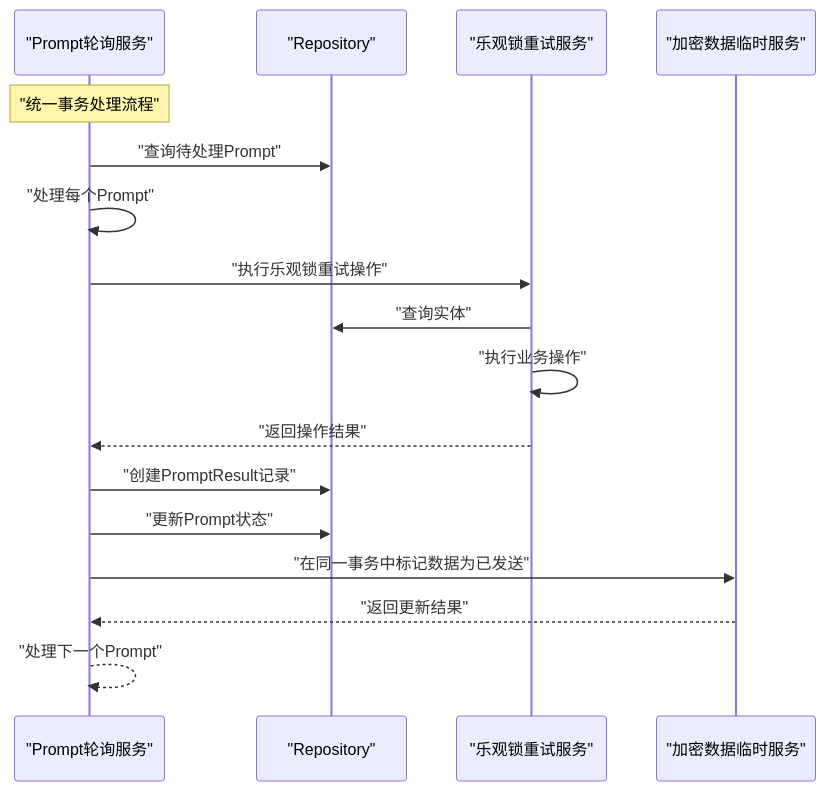
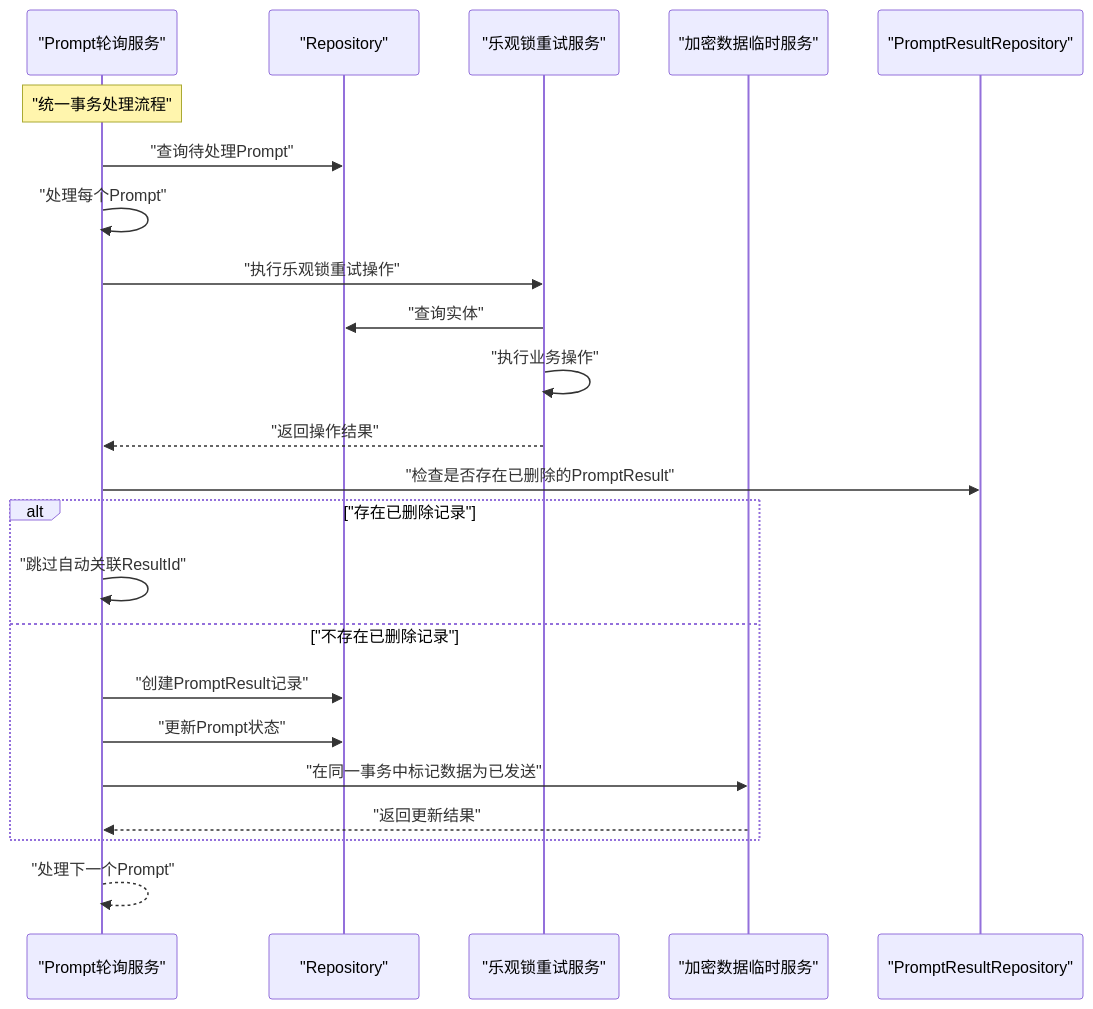
One commit to liuzh2008/med_ai_assistant_workspace changed the fourth of 11 diagrams in .qoder/repowiki/zh/content/核心功能模块/核心功能模块.md. Above: the diagram before and after it, drawn with Mermaid. The commit also changed other lines of this file and 5 other files, not shown here.

````diff
--- a/.qoder/repowiki/zh/content/核心功能模块/核心功能模块.md
+++ b/.qoder/repowiki/zh/content/核心功能模块/核心功能模块.md
@@ -254,19 +264,25 @@
 ```mermaid
 sequenceDiagram
 participant PS as "Prompt轮询服务"
 participant Repo as "Repository"
 participant OT as "乐观锁重试服务"
 participant ETS as "加密数据临时服务"
+participant PR as "PromptResultRepository"
 Note over PS : "统一事务处理流程"
 PS->>Repo : "查询待处理Prompt"
 PS->>PS : "处理每个Prompt"
 PS->>OT : "执行乐观锁重试操作"
 OT->>Repo : "查询实体"
 OT->>OT : "执行业务操作"
 OT-->>PS : "返回操作结果"
+PS->>PR : "检查是否存在已删除的PromptResult"
+alt "存在已删除记录"
+PS->>PS : "跳过自动关联ResultId"
+else "不存在已删除记录"
 PS->>Repo : "创建PromptResult记录"
 PS->>Repo : "更新Prompt状态"
 PS->>ETS : "在同一事务中标记数据为已发送"
 ETS-->>PS : "返回更新结果"
+end
 PS-->>PS : "处理下一个Prompt"
 ```
````
